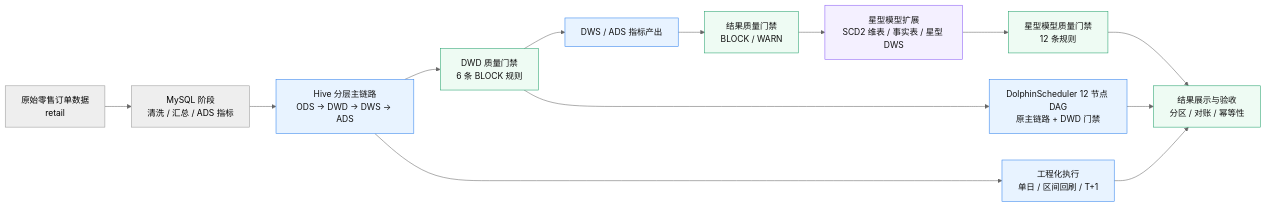
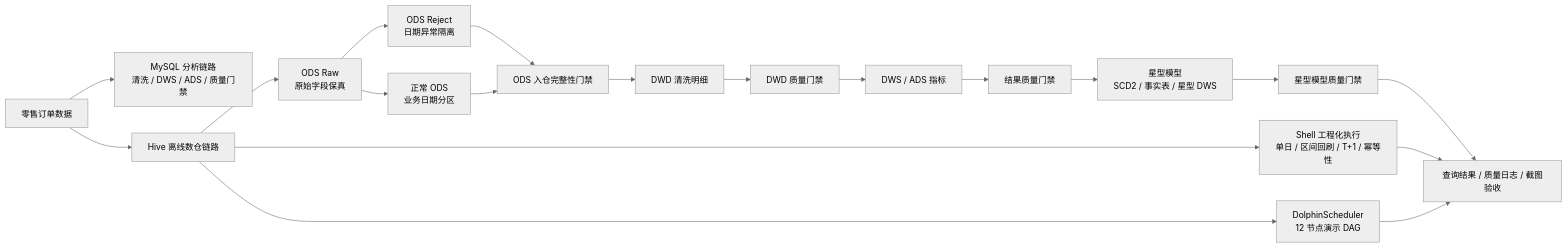
Before and after one commit to 2026heita/retail_project: the first of 2 diagrams in README.md, drawn with Mermaid (neutral theme). The commit also changed other lines of this file and 27 other files, not shown here.

Commit message:
feat: 完善 Hive ODS 入仓、质量门禁与项目文档

````diff
--- a/README.md
+++ b/README.md
@@ -21,23 +36,25 @@
 ```mermaid
 flowchart LR
-    A["原始零售订单数据<br/>retail"] --> B["MySQL 阶段<br/>清洗 / 汇总 / ADS 指标"]
-    B --> C["Hive 分层主链路<br/>ODS → DWD → DWS → ADS"]
-    C --> Q1["DWD 质量门禁<br/>6 条 BLOCK 规则"]
-    Q1 --> D["DWS / ADS 指标产出"]
-    D --> Q2["结果质量门禁<br/>BLOCK / WARN"]
-    Q2 --> G["星型模型扩展<br/>SCD2 维表 / 事实表 / 星型 DWS"]
-    G --> Q3["星型模型质量门禁<br/>12 条规则"]
-    Q3 --> H["结果展示与验收<br/>分区 / 对账 / 幂等性"]
+    A["零售订单数据"] --> M["MySQL 分析链路<br/>清洗 / DWS / ADS / 质量门禁"]
+    A --> H["Hive 离线数仓链路"]
 
-    C --> E["工程化执行<br/>单日 / 区间回刷 / T+1"]
-    Q1 --> F["DolphinScheduler 12 节点 DAG<br/>原主链路 + DWD 门禁"]
-    E --> H
-    F --> H
+    H --> R["ODS Raw<br/>原始字段保真"]
+    R --> J["ODS Reject<br/>日期异常隔离"]
+    R --> O["正常 ODS<br/>业务日期分区"]
 
-    classDef core fill:#e8f3ff,stroke:#2f80ed,stroke-width:1px,color:#111;
-    classDef extend fill:#f4f0ff,stroke:#8b5cf6,stroke-width:1px,color:#111;
-    classDef check fill:#eefbf3,stroke:#22a06b,stroke-width:1px,color:#111;
-    class C,D,E,F core;
-    class G extend;
-    class Q1,Q2,Q3,H check;
+    J --> Q0["ODS 入仓完整性门禁"]
+    O --> Q0
+    Q0 --> D["DWD 清洗明细"]
+    D --> Q1["DWD 质量门禁"]
+    Q1 --> W["DWS / ADS 指标"]
+    W --> Q2["结果质量门禁"]
+    Q2 --> S["星型模型<br/>SCD2 / 事实表 / 星型 DWS"]
+    S --> Q3["星型模型质量门禁"]
+
+    H --> E["Shell 工程化执行<br/>单日 / 区间回刷 / T+1 / 幂等性"]
+    H --> DS["DolphinScheduler<br/>12 节点演示 DAG"]
+
+    Q3 --> V["查询结果 / 质量日志 / 截图验收"]
+    E --> V
+    DS --> V
 ```
````
